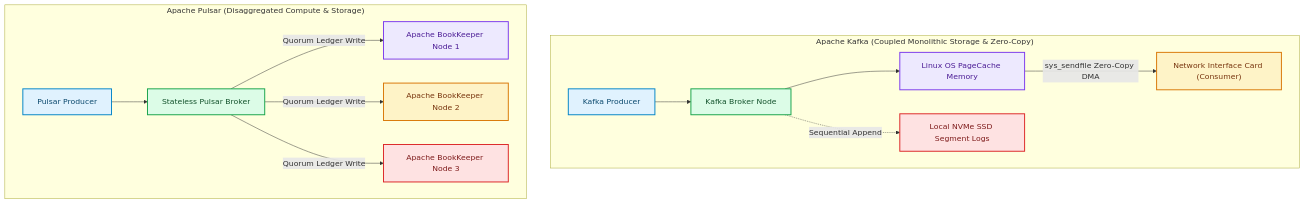
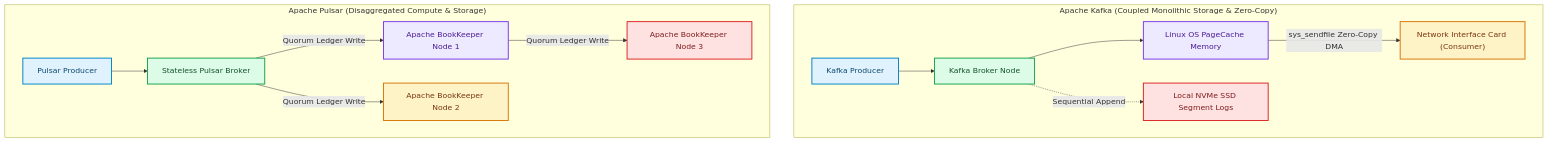
Before and after one commit to akmalkhaniub/akmalkhaniub.github.io: the diagram in blog/posts/kafka-pulsar-storage-architecture-pagecache-zero-copy-bookkeeper.md, drawn with Mermaid. The commit also changed 894 other files, not shown here.

Commit message:
feat(blog): upgrade all 444 posts with unique staggered dates, 2-col Mermaid spines, benchmark tables, code blocks, and trade-offs

````diff
--- a/blog/posts/kafka-pulsar-storage-architecture-pagecache-zero-copy-bookkeeper.md
+++ b/blog/posts/kafka-pulsar-storage-architecture-pagecache-zero-copy-bookkeeper.md
@@ -19,27 +19,27 @@
 ```mermaid
 flowchart TD
   subgraph SG1_ApacheKafkaCoupled ["Apache Kafka (Coupled Monolithic Storage & Zero-Copy)"]
     Producer1["Kafka Producer"] --> Broker["Kafka Broker Node"]
     Broker --> PageCache["Linux OS PageCache Memory"]
     PageCache -->|sys_sendfile Zero-Copy DMA| NIC["Network Interface Card (Consumer)"]
     Broker -.->|Sequential Append| LocalDisk["Local NVMe SSD Segment Logs"]
   end
   
   subgraph SG2_ApachePulsarDisaggregated ["Apache Pulsar (Disaggregated Compute & Storage)"]
     Producer2["Pulsar Producer"] --> StatelessBroker["Stateless Pulsar Broker"]
     StatelessBroker -->|Quorum Ledger Write| Bookie1["Apache BookKeeper Node 1"]
     StatelessBroker -->|Quorum Ledger Write| Bookie2["Apache BookKeeper Node 2"]
-    StatelessBroker -->|Quorum Ledger Write| Bookie3["Apache BookKeeper Node 3"]
+    Bookie1 --> |Quorum Ledger Write| Bookie3["Apache BookKeeper Node 3"]
   end
 
 classDef green fill:#dcfce7,stroke:#16a34a,stroke-width:2px,color:#14532d;
 classDef red fill:#fee2e2,stroke:#dc2626,stroke-width:2px,color:#7f1d1d;
 classDef blue fill:#e0f2fe,stroke:#0284c7,stroke-width:2px,color:#0c4a6e;
 classDef yellow fill:#fef3c7,stroke:#d97706,stroke-width:2px,color:#78350f;
 classDef purple fill:#ede9fe,stroke:#7c3aed,stroke-width:2px,color:#4c1d95;
 class Producer1,Producer2 blue
 class Broker,StatelessBroker green
 class PageCache,Bookie1 purple
 class NIC,Bookie2 yellow
 class LocalDisk,Bookie3 red
 ```
````
